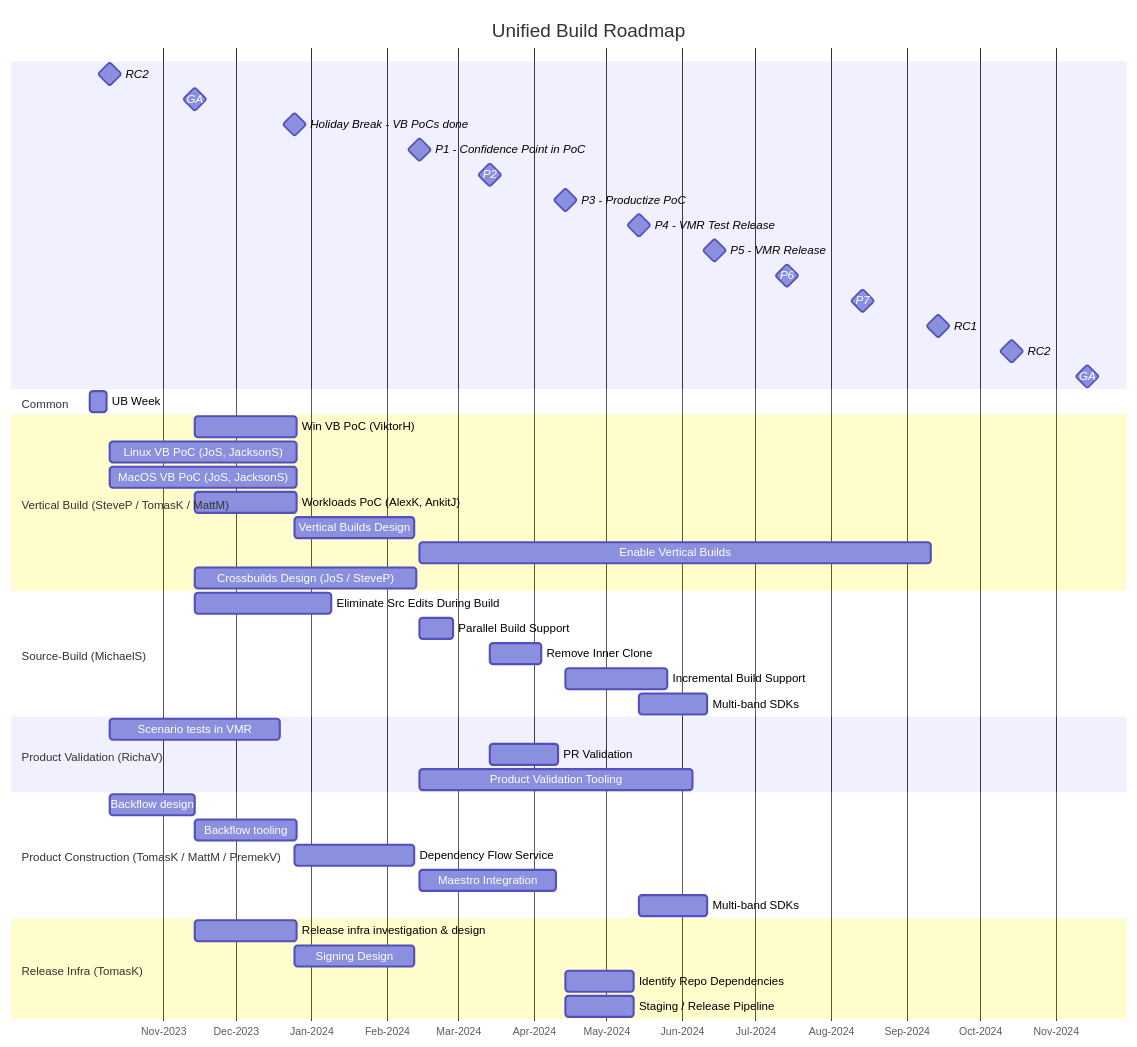
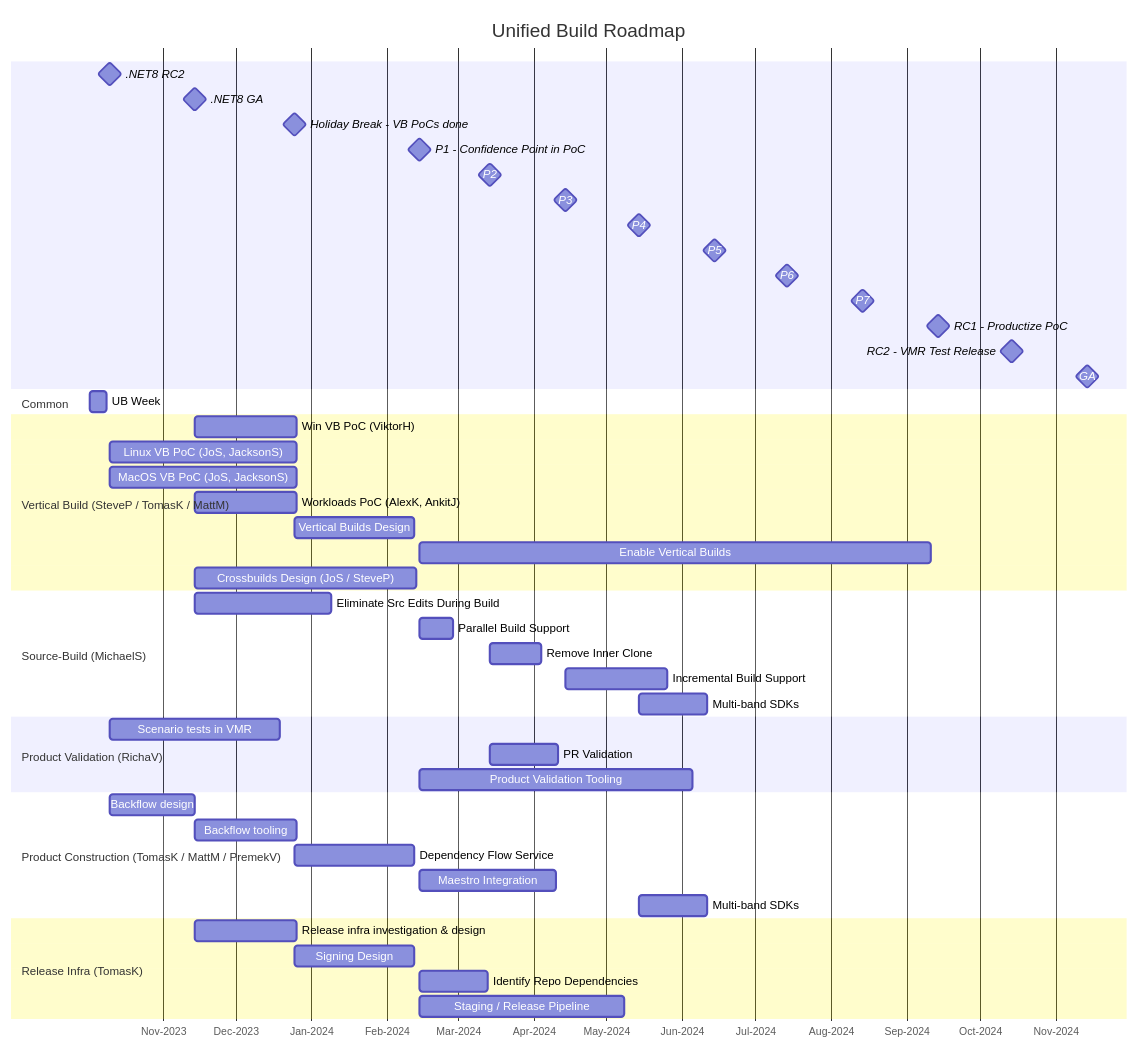
One commit to dotnet/arcade changed the diagram in Documentation/UnifiedBuild/UB-Roadmap.md. Above: the diagram before and after it, drawn with Mermaid. The commit also changed other lines of this file, not shown here.

Commit message:
Roadmap update

````diff
--- a/Documentation/UnifiedBuild/UB-Roadmap.md
+++ b/Documentation/UnifiedBuild/UB-Roadmap.md
@@ -3,60 +3,60 @@
 ```mermaid
 
 gantt
     title Unified Build Roadmap
     axisFormat %b-%Y
-    RC2: milestone, net8-rc2, 2023-10-10, 0
-    GA: milestone, net8-ga, 2023-11-14, 0
+    .NET8 RC2: milestone, net8-rc2, 2023-10-10, 0
+    .NET8 GA: milestone, net8-ga, 2023-11-14, 0
     Holiday Break - VB PoCs done: milestone, holiday, 2023-12-25, 0
     %% delta between Holiday and P1 is 7w
     %% the release dates are all 14th so that the task lengths can be expressed in whole weeks and still match the preview points
     P1 - Confidence Point in PoC: milestone, net9-p1, 2024-02-14, 0
     P2: milestone, net9-p2, 2024-03-14, 0
-    P3 - Productize PoC: milestone, net9-p3, 2024-04-14, 0
-    P4 - VMR Test Release: milestone, net9-p4, 2024-05-14, 0
-    P5 - VMR Release: milestone, net9-p5, 2024-06-14, 0
+    P3: milestone, net9-p3, 2024-04-14, 0
+    P4: milestone, net9-p4, 2024-05-14, 0
+    P5: milestone, net9-p5, 2024-06-14, 0
     P6: milestone, net9-p6, 2024-07-14, 0
     P7: milestone, net9-p7, 2024-08-14, 0
-    RC1: milestone, net9-rc1, 2024-09-14, 0
-    RC2: milestone, net9-rc2, 2024-10-14, 0
+    RC1 - Productize PoC: milestone, net9-rc1, 2024-09-14, 0
+    RC2 - VMR Test Release: milestone, net9-rc2, 2024-10-14, 0
     GA: milestone, net9-ga, 2024-11-14, 0
 
     section Common
         UB Week: ub-week, 2023-10-02, 1w
 
     section Vertical Build (SteveP / TomasK / MattM)
         Win VB PoC (ViktorH): after net8-ga, 6w
         Linux VB PoC (JoS, JacksonS): after net8-rc2, 11w
         MacOS VB PoC (JoS, JacksonS): after net8-rc2, 11w
         Workloads PoC (AlexK, AnkitJ): after net8-ga, 6w
         Vertical Builds Design: after holiday, 7w
         Enable Vertical Builds: after net9-p1, 30w
         Crossbuilds Design (JoS / SteveP): after net8-ga, 13w
 
     section Source-Build (MichaelS)
         Eliminate Src Edits During Build: after net8-ga, 8w
         Parallel Build Support: after net9-p1, 2w
         Remove Inner Clone: after net9-p2, 3w
         Incremental Build Support: after net9-p3, 6w
         Multi-band SDKs: after net9-p4, 4w
 
     section Product Validation (RichaV)
         Scenario tests in VMR: after net8-rc2, 10w
         PR Validation: after net9-p2, 4w
         Product Validation Tooling: after net9-p1, 16w
 
     section Product Construction (TomasK / MattM / PremekV)
         Backflow design: after net8-rc2, 5w
         Backflow tooling: after net8-ga, 6w
         Dependency Flow Service: after holiday, 7w
         Maestro Integration: after net9-p1, 8w
         Multi-band SDKs: after net9-p4, 4w
         %Dependency Flow Switch Preparation: after net9-p3, 8w
         %Depenendency Flow Switch: after net9-p5, 4w
 
     section Release Infra (TomasK)
         Release infra investigation & design: after net8-ga, 6w
         Signing Design: after holiday, 7w
-        Identify Repo Dependencies: after net9-p3, 4w
-        Staging / Release Pipeline: after net9-p3, 4w
+        Identify Repo Dependencies: after net9-p1, 4w
+        Staging / Release Pipeline: after net9-p1, 12w
 ```
````
